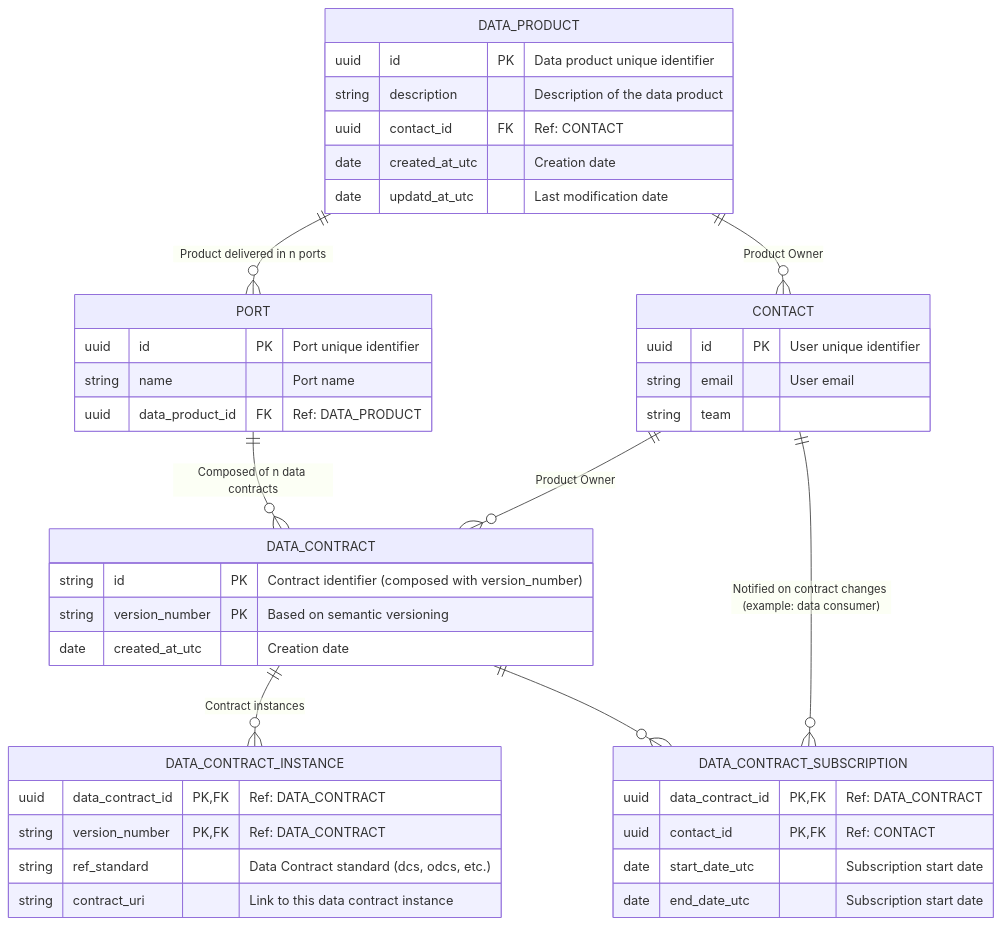
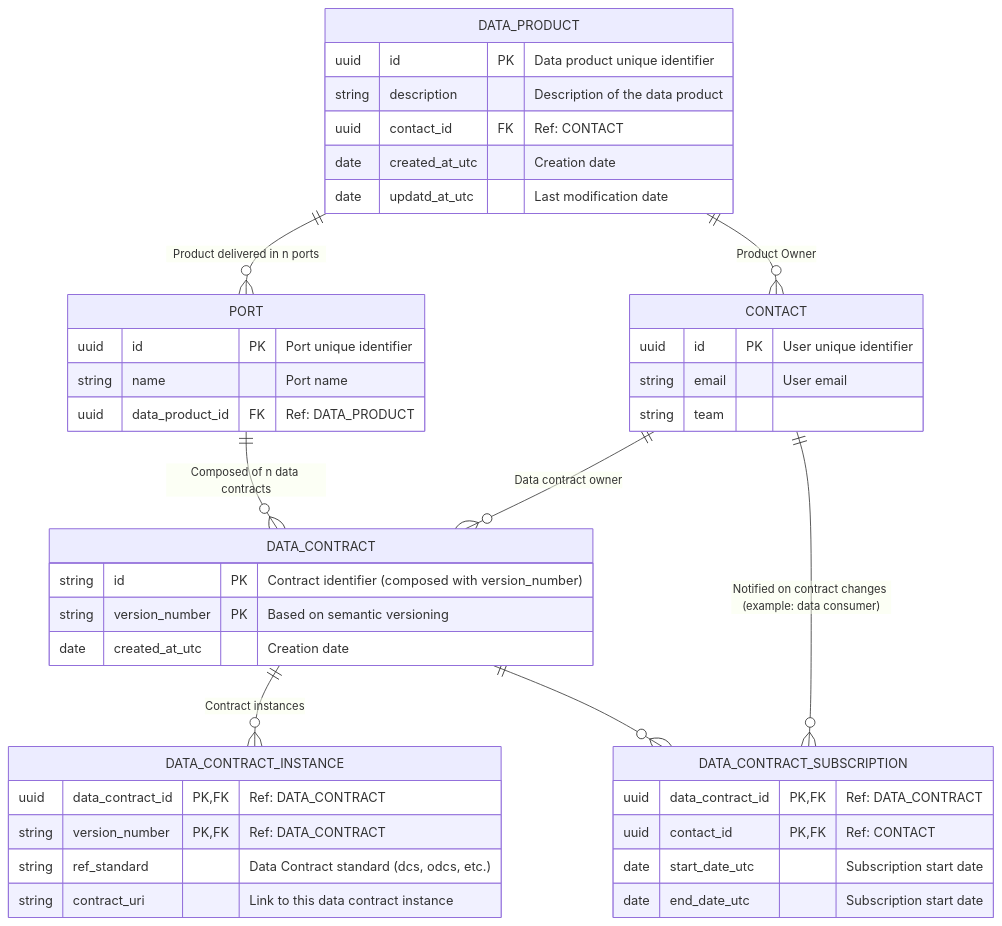
One commit to monmaya/base-impl changed the diagram in docs/relational_model.md. Above: the diagram before and after it, drawn with Mermaid.

````diff
--- a/docs/relational_model.md
+++ b/docs/relational_model.md
@@ -5,54 +5,54 @@
 ```mermaid
 
 erDiagram
 
     DATA_PRODUCT {
         uuid id PK "Data product unique identifier"
         string description "Description of the data product"
         uuid contact_id FK "Ref: CONTACT"
         date created_at_utc "Creation date"
         date updatd_at_utc "Last modification date"
     }
 
     PORT {
         uuid id PK "Port unique identifier"
         string name "Port name"
         uuid data_product_id FK "Ref: DATA_PRODUCT"
     }
 
     DATA_CONTRACT {
         string id PK "Contract identifier (composed with version_number)"
         string version_number PK "Based on semantic versioning"
         date created_at_utc "Creation date"
     }
 
     DATA_CONTRACT_INSTANCE {
         uuid data_contract_id PK, FK "Ref: DATA_CONTRACT"
         string version_number PK, FK "Ref: DATA_CONTRACT"
         string ref_standard "Data Contract standard (dcs, odcs, etc.)"
         string contract_uri "Link to this data contract instance"
     }
     
     DATA_CONTRACT_SUBSCRIPTION {
         uuid data_contract_id PK, FK "Ref: DATA_CONTRACT"
         uuid contact_id PK, FK "Ref: CONTACT"
         date start_date_utc "Subscription start date"
         date end_date_utc "Subscription start date"
     }
 
     CONTACT {
         uuid id PK "User unique identifier"
         string email "User email"
         string team
     }
 
     DATA_PRODUCT ||--o{ PORT : "Product delivered in n ports"
     DATA_PRODUCT ||--o{ CONTACT : "Product Owner"
     PORT ||--o{ DATA_CONTRACT : "Composed of n data contracts"
-    CONTACT ||--o{ DATA_CONTRACT : "Product Owner"
+    CONTACT ||--o{ DATA_CONTRACT : "Data contract owner"
     DATA_CONTRACT ||--o{ DATA_CONTRACT_INSTANCE : "Contract instances"
     DATA_CONTRACT ||--o{ DATA_CONTRACT_SUBSCRIPTION : ""
     CONTACT ||--o{ DATA_CONTRACT_SUBSCRIPTION : "Notified on contract changes (example: data consumer)"
 
 
   ```
````
